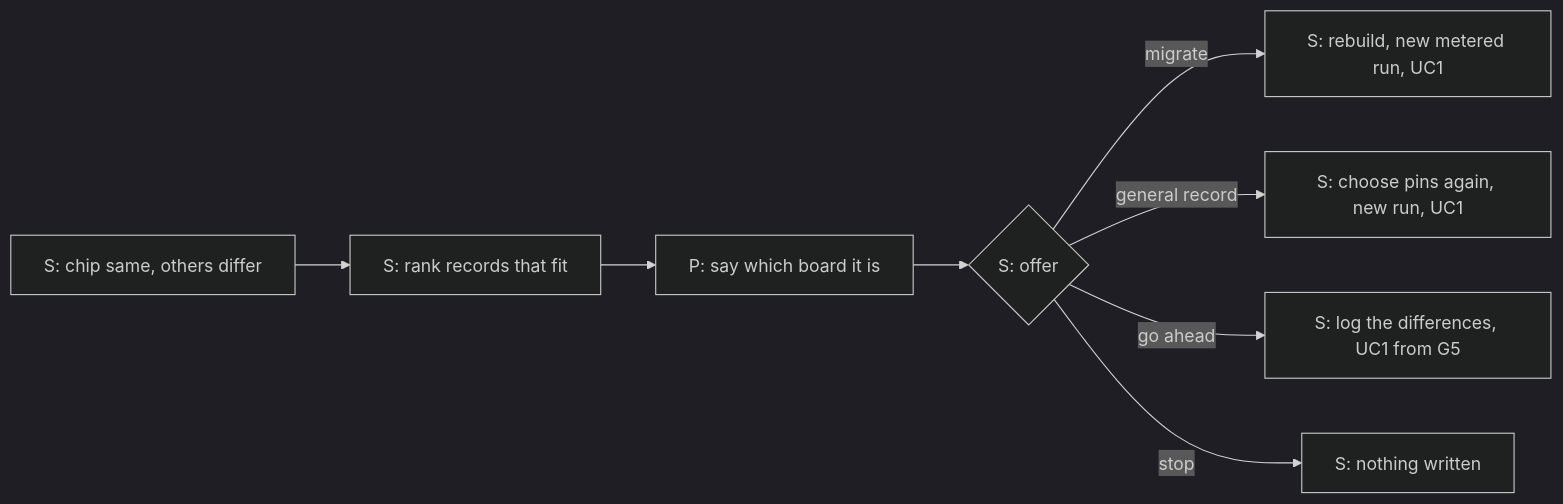
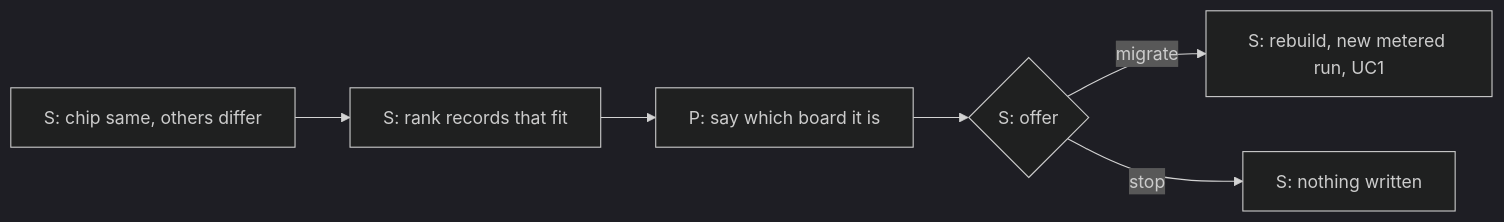
Before and after one commit to xmejkal/spark: the sixth of 14 diagrams in docs/discovery/2026-10-13-p218-deploy-and-board/jobs-and-journeys.md, drawn with Mermaid (dark theme). The commit also changed other lines of this file and 5 other files, not shown here.

````diff
--- a/docs/discovery/2026-10-13-p218-deploy-and-board/jobs-and-journeys.md
+++ b/docs/discovery/2026-10-13-p218-deploy-and-board/jobs-and-journeys.md
@@ -182,10 +182,8 @@
 ```mermaid
 flowchart LR
   s1["S: chip same, others differ"] --> s2["S: rank records that fit"]
   s2 --> p3["P: say which board it is"]
   p3 --> s4{"S: offer"}
   s4 -->|migrate| m["S: rebuild, new metered run, UC1"]
-  s4 -->|general record| g["S: choose pins again, new run, UC1"]
-  s4 -->|go ahead| a["S: log the differences, UC1 from G5"]
   s4 -->|stop| st["S: nothing written"]
 ```
````
